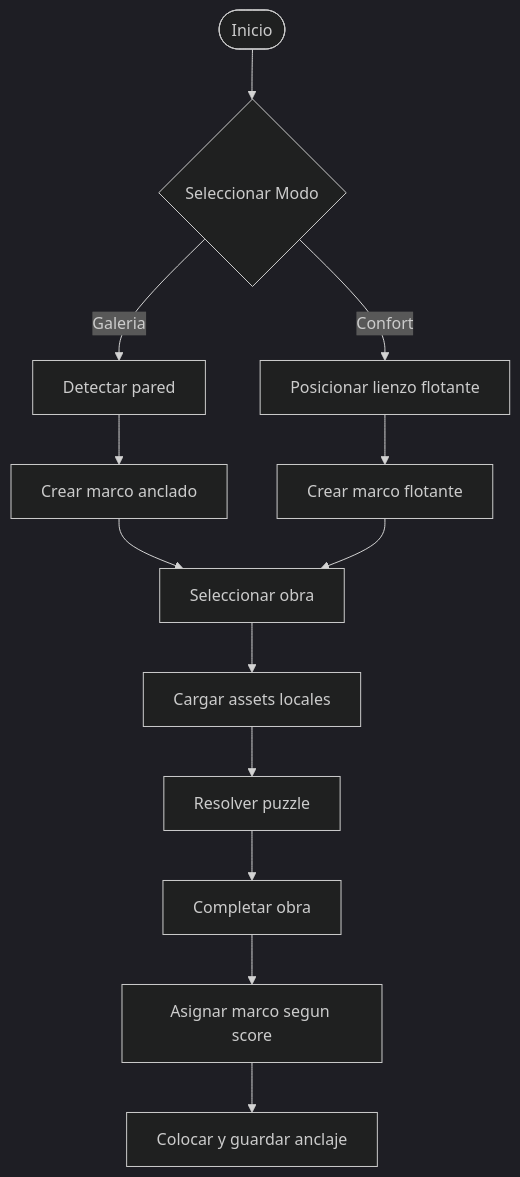
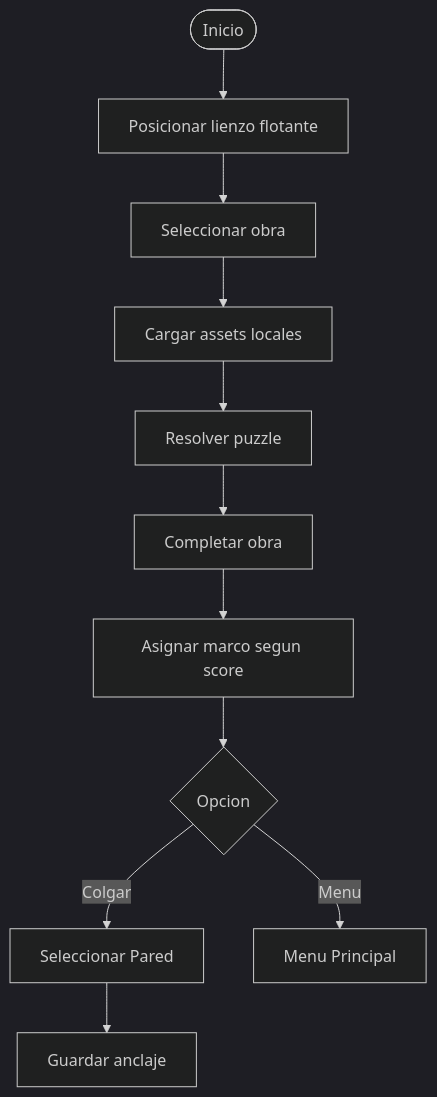
One commit to ricardovazarm/ArtUnbound changed the fourth of 9 diagrams in docs/Diagramas-Art-Unbound.md. Above: the diagram before and after it, drawn with Mermaid (dark theme). The commit also changed other lines of this file and 890 other files, not shown here.

````diff
--- a/docs/Diagramas-Art-Unbound.md
+++ b/docs/Diagramas-Art-Unbound.md
@@ -187,15 +162,13 @@
 ```mermaid
 flowchart TD
-Start([Inicio]) --> ModeSelect{Seleccionar Modo}
-ModeSelect -->|Galeria| Detect[Detectar pared]
-ModeSelect -->|Confort| Position[Posicionar lienzo flotante]
-Detect --> Frame[Crear marco anclado]
-Position --> Frame2[Crear marco flotante]
-Frame --> Select[Seleccionar obra]
-Frame2 --> Select
+Start([Inicio]) --> Position[Posicionar lienzo flotante]
+Position --> Select[Seleccionar obra]
 Select --> Load[Cargar assets locales]
 Load --> Play[Resolver puzzle]
 Play --> Complete[Completar obra]
 Complete --> FrameAward[Asignar marco segun score]
-FrameAward --> Place[Colocar y guardar anclaje]
+FrameAward --> UserOption{Opcion}
+UserOption -->|Colgar| SelectWall[Seleccionar Pared]
+UserOption -->|Menu| MainMenu[Menu Principal]
+SelectWall --> Place[Guardar anclaje]
 ```
````
